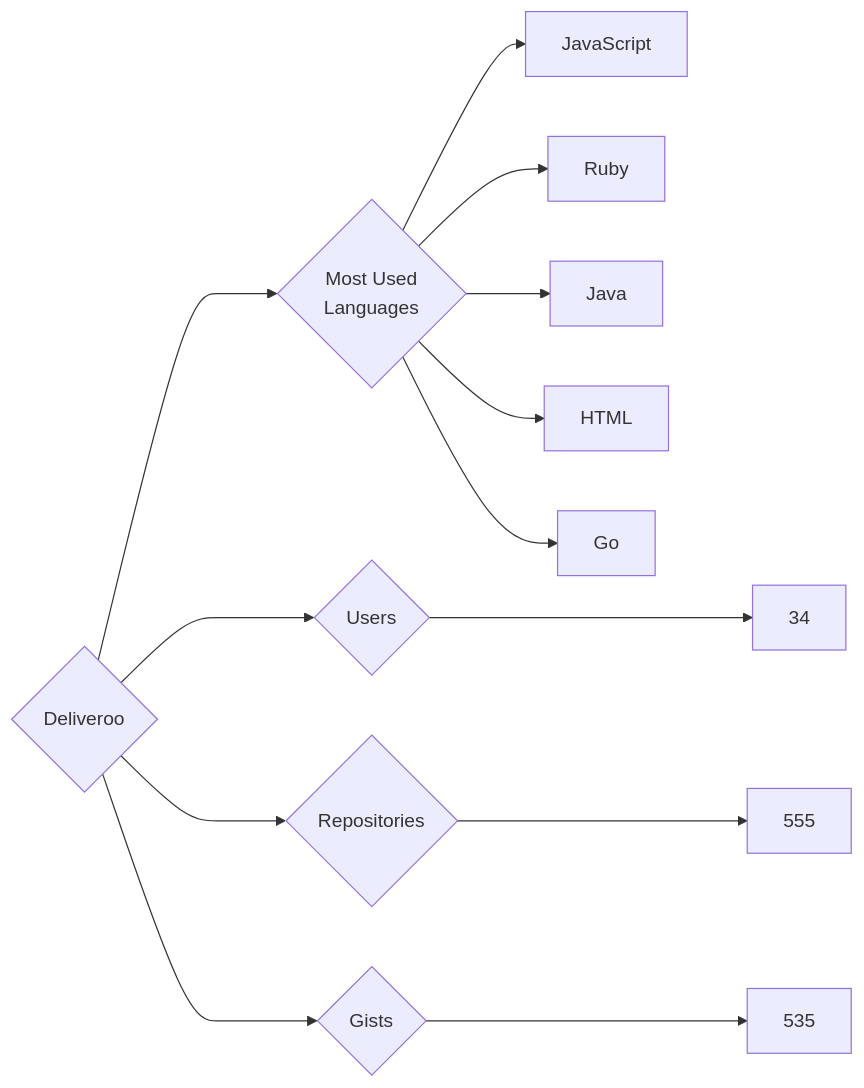
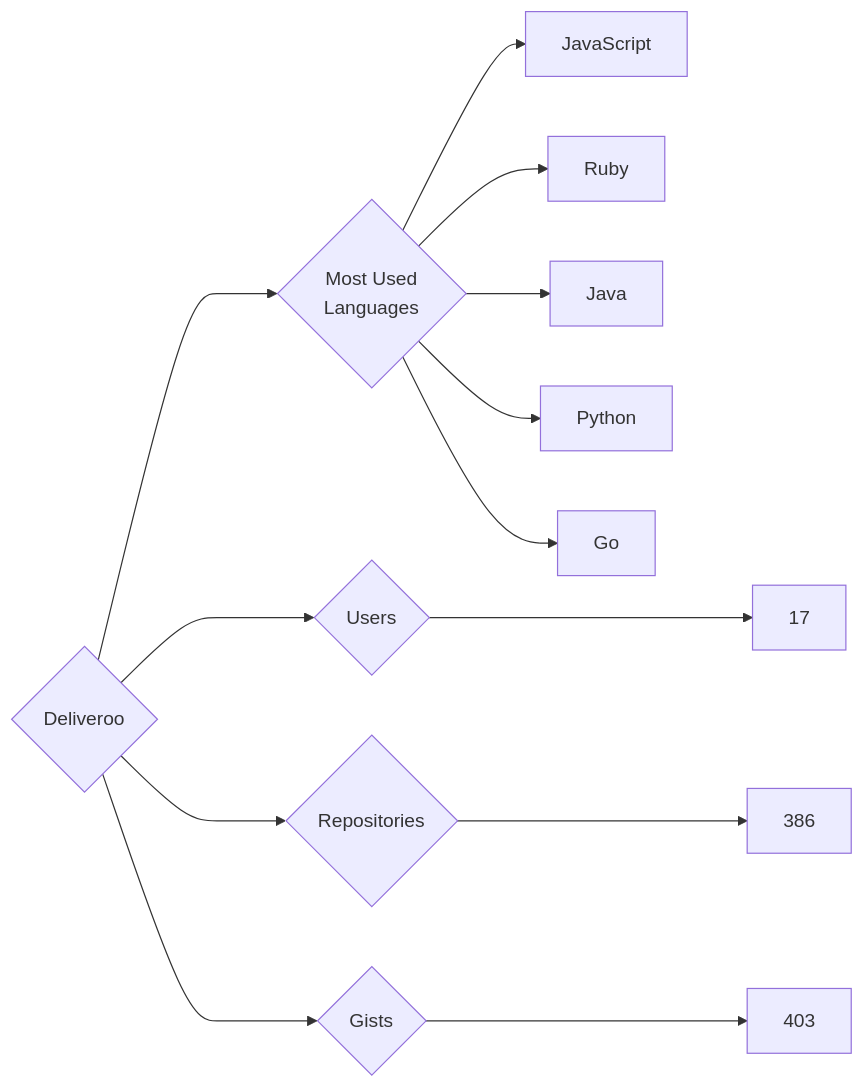
Before and after one commit to trickest/insiders: the diagram in targets/Deliveroo/README.md, drawn with Mermaid. The commit also changed 934 other files, not shown here.

````diff
--- a/targets/Deliveroo/README.md
+++ b/targets/Deliveroo/README.md
@@ -3,13 +3,13 @@
 ```mermaid
 graph LR
 COMPANY_NAME{Deliveroo}
-COMPANY_NAME ---> U{Users} ---> UN[34]
-COMPANY_NAME ---> R{Repositories} ---> RN[555]
-COMPANY_NAME ---> G{Gists} ---> GN[535]
+COMPANY_NAME ---> U{Users} ---> UN[17]
+COMPANY_NAME ---> R{Repositories} ---> RN[386]
+COMPANY_NAME ---> G{Gists} ---> GN[403]
 COMPANY_NAME ---> ML{Most Used<br>Languages}
 ML --> JavaScript[JavaScript]
 ML --> Ruby[Ruby]
 ML --> Java[Java]
-ML --> HTML[HTML]
+ML --> Python[Python]
 ML --> Go[Go]
 ```
````
